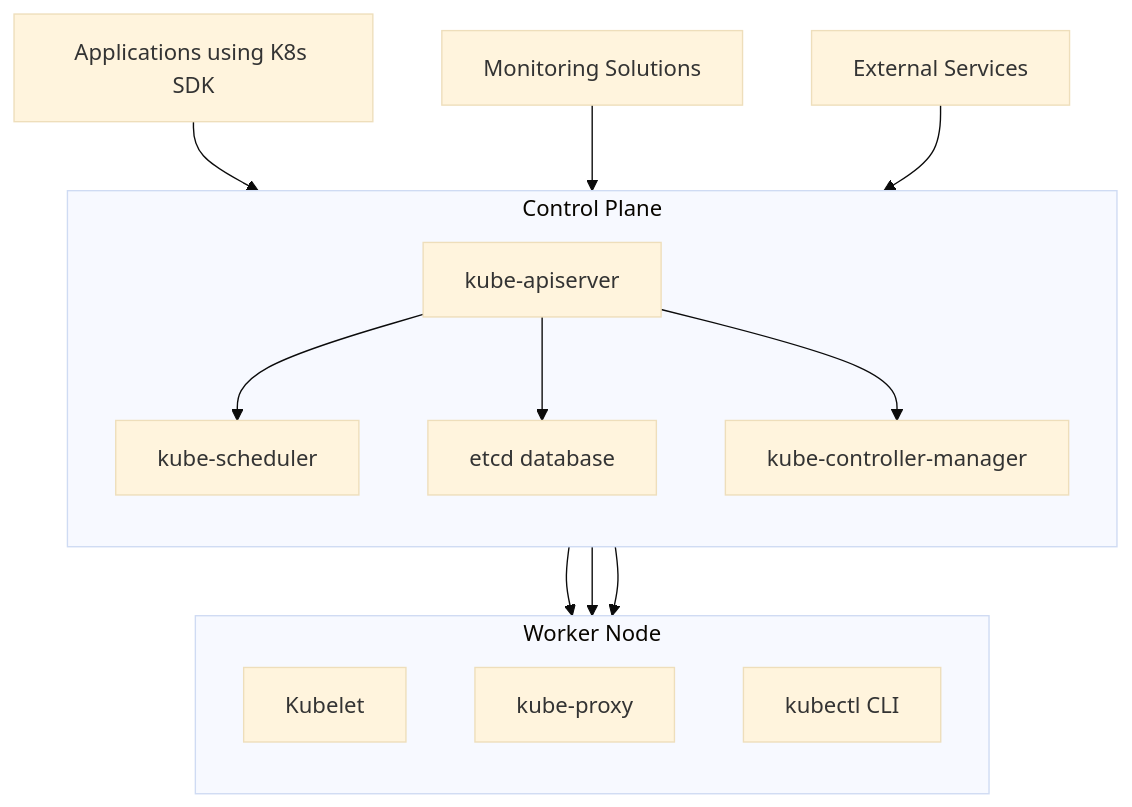
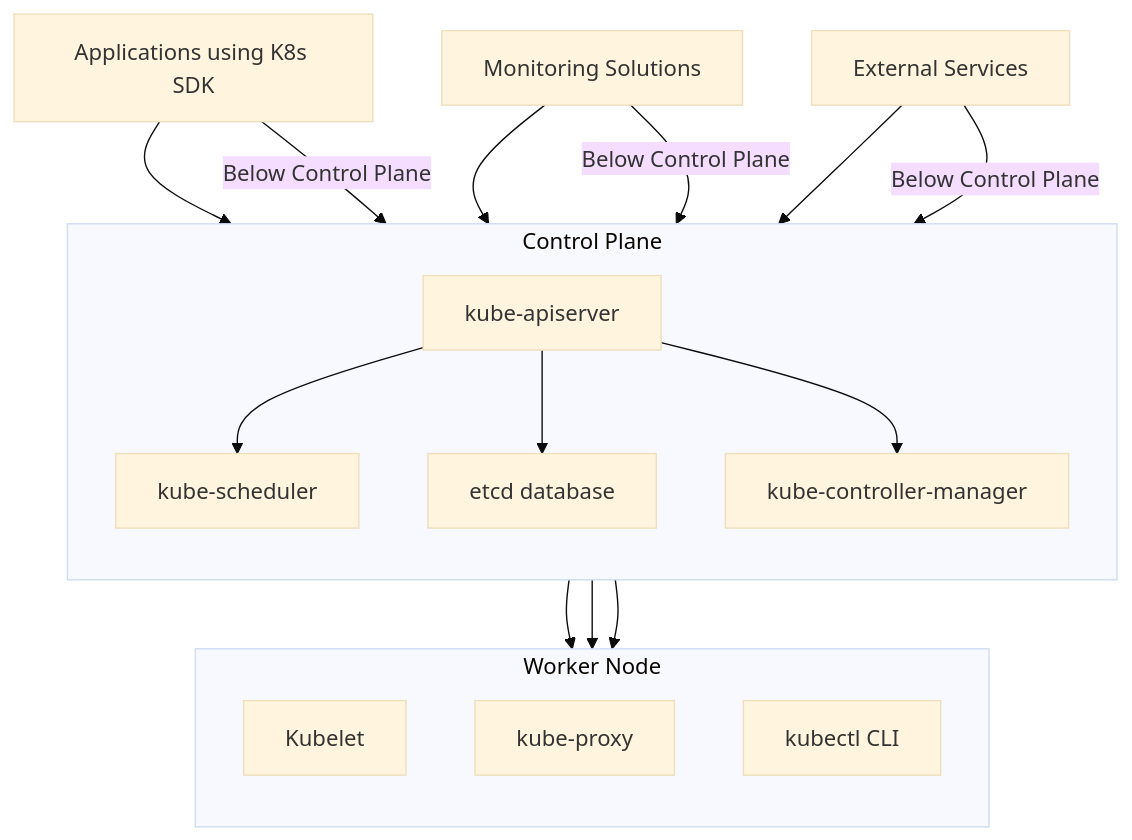
One commit to 007chiragshah/tucana changed the first of 2 diagrams in Architecture_Overview.md. Above: the diagram before and after it, drawn with Mermaid (base theme).

````diff
--- a/Architecture_Overview.md
+++ b/Architecture_Overview.md
@@ -20,28 +20,33 @@
   ```mermaid 
   graph TD
     subgraph "Control Plane"
         direction TB
         A[kube-apiserver]
         B[kube-scheduler]
         C[etcd database]
         D[kube-controller-manager]
     end
 
     subgraph "Worker Node"
         direction TB
         E[Kubelet]
         F[kube-proxy]
         G[kubectl CLI]
     end
 
     A --> B
     A --> C
     A --> D
     A --> E
     A --> F
     A --> G
 
     H[Applications using K8s SDK] --> A
     I[Monitoring Solutions] --> A
     J[External Services] --> A
+
+    H -->|Below Control Plane| A
+    I -->|Below Control Plane| A
+    J -->|Below Control Plane| A
+
   ```
````
